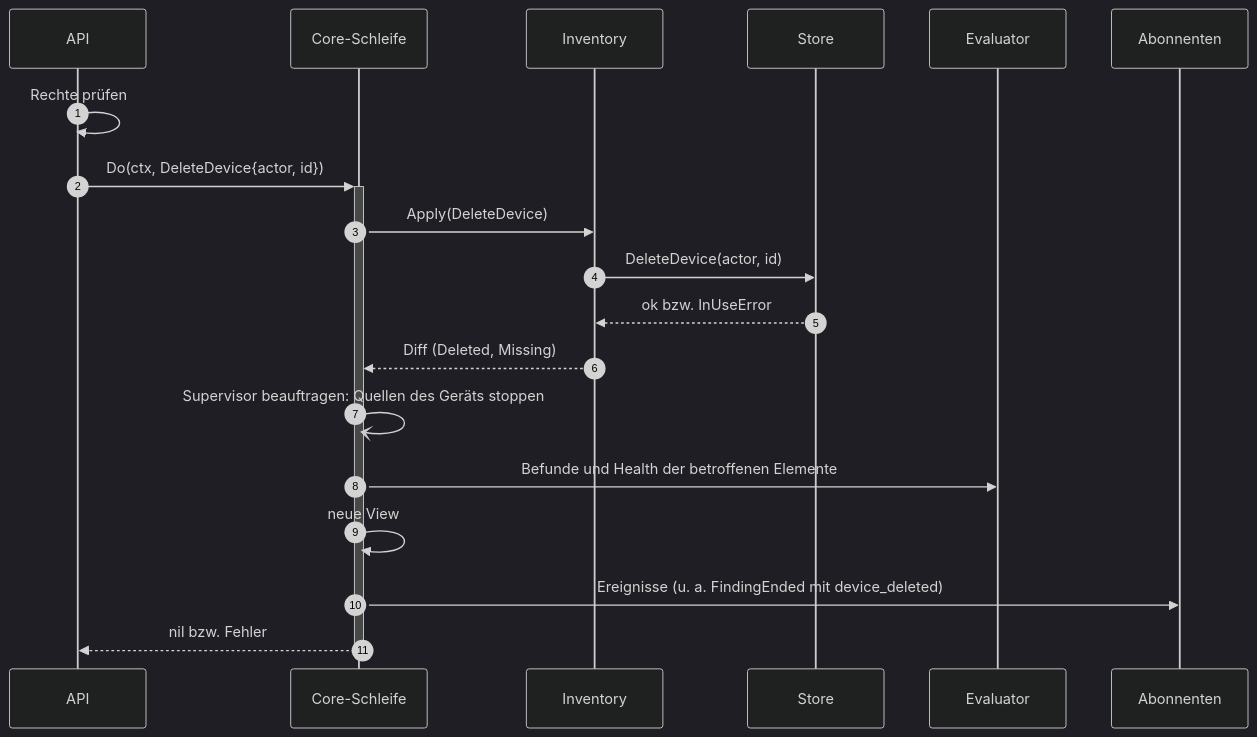
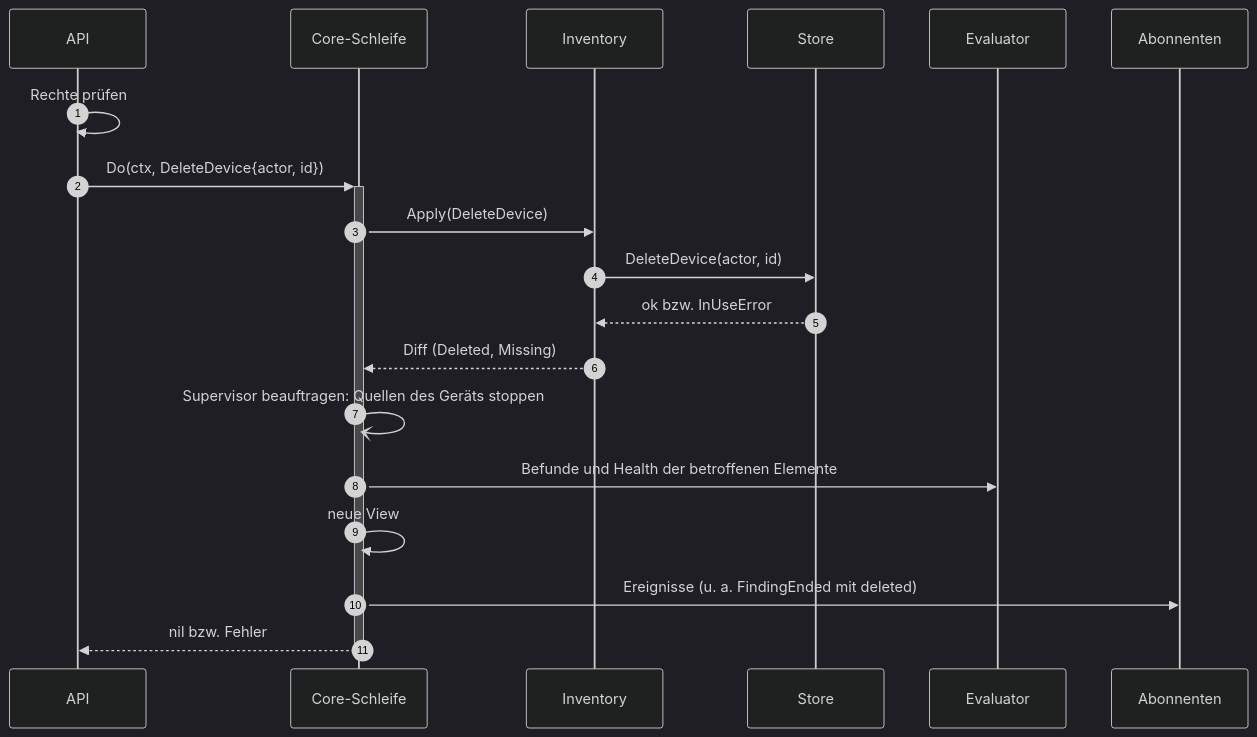
The fourth of 6 diagrams in docs/contracts/core.md (lukirs95/monika), drawn with Mermaid (dark theme) before and after one commit. The commit also changed other lines of this file and 8 other files, not shown here.

First line of the commit message:
docs: apply architecture audit to contracts, API and status

````diff
--- a/docs/contracts/core.md
+++ b/docs/contracts/core.md
@@ -213,22 +253,22 @@
 ```mermaid
 sequenceDiagram
     autonumber
     participant A as API
     participant L as Core-Schleife
     participant I as Inventory
     participant S as Store
     participant E as Evaluator
     participant B as Abonnenten
 
     A->>A: Rechte prüfen
     A->>+L: Do(ctx, DeleteDevice{actor, id})
     L->>I: Apply(DeleteDevice)
     I->>S: DeleteDevice(actor, id)
     S-->>I: ok bzw. InUseError
     I-->>L: Diff (Deleted, Missing)
     L-)L: Supervisor beauftragen: Quellen des Geräts stoppen
     L->>E: Befunde und Health der betroffenen Elemente
     L->>L: neue View
-    L->>B: Ereignisse (u. a. FindingEnded mit device_deleted)
+    L->>B: Ereignisse (u. a. FindingEnded mit deleted)
     L-->>-A: nil bzw. Fehler
 ```
````
